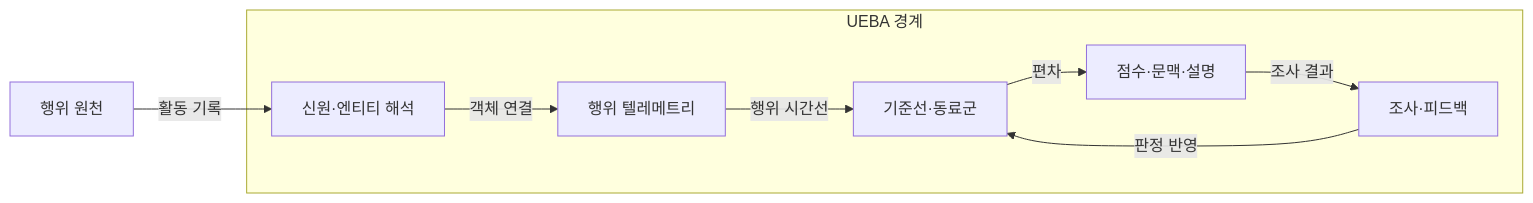
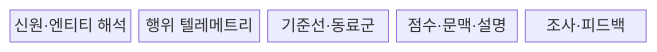
One commit to agnusdei1207/knowledge-base changed the first of 2 diagrams in src/content/docs/notes/05-security/038_ueba.md. Above: the diagram before and after it, drawn with Mermaid. The commit also changed other lines of this file and 11 other files, not shown here.

````diff
--- a/src/content/docs/notes/05-security/038_ueba.md
+++ b/src/content/docs/notes/05-security/038_ueba.md
@@ -52,17 +53,9 @@
 ```mermaid
-flowchart LR
-    S[행위 원천]
-    subgraph U[UEBA 경계]
-        I[신원·엔티티 해석]
-        T[행위 텔레메트리]
-        B[기준선·동료군]
-        R[점수·문맥·설명]
-        F[조사·피드백]
-        I -->|객체 연결| T
-        T -->|행위 시간선| B
-        B -->|편차| R
-        R -->|조사 결과| F
-        F -->|판정 반영| B
-    end
-    S -->|활동 기록| I
+block-beta
+  columns 5
+  A["신원·엔티티 해석"]
+  B["행위 텔레메트리"]
+  C["기준선·동료군"]
+  D["점수·문맥·설명"]
+  E["조사·피드백"]
 ```
````
